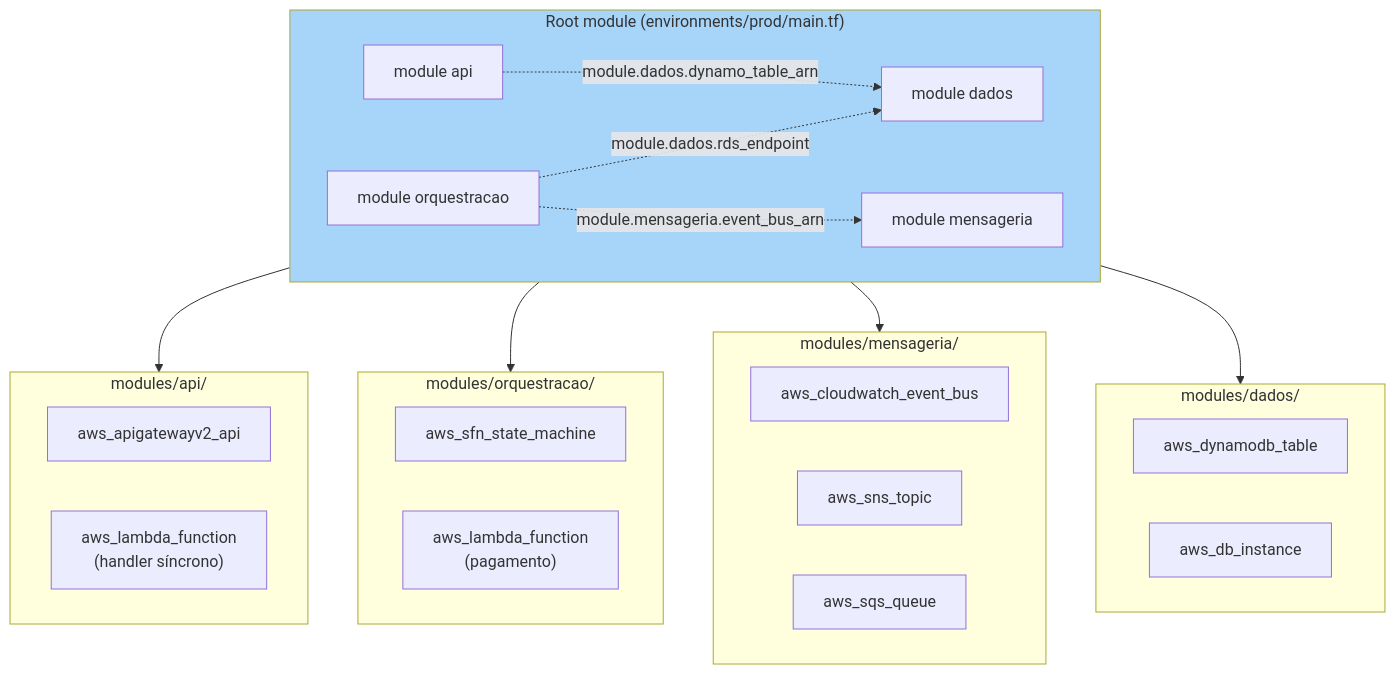
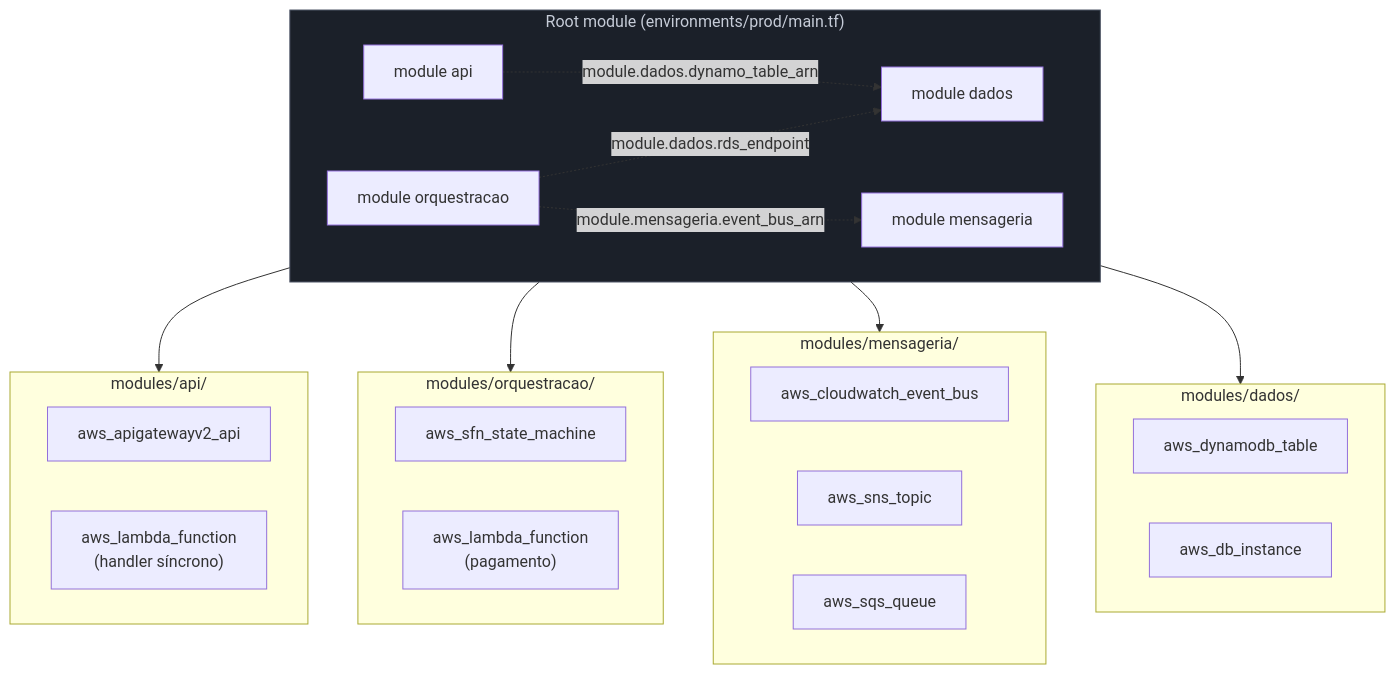
Before and after one commit to josenaldo/codex-technomanticus: the third of 4 diagrams in 03-Dominios/Tecnologia/Cloud/16 - Infrastructure as Code/06 - Escolher e operar IaC (capstone).md, drawn with Mermaid. The commit also changed other lines of this file and 1181 other files, not shown here.

First line of the commit message:
fix(diagramas): paleta do sistema no lugar de cor cravada no markdown

````diff
--- a/03-Dominios/Tecnologia/Cloud/16 - Infrastructure as Code/06 - Escolher e operar IaC (capstone).md
+++ b/03-Dominios/Tecnologia/Cloud/16 - Infrastructure as Code/06 - Escolher e operar IaC (capstone).md
@@ -136,39 +142,40 @@
 ```mermaid
 flowchart TB
+    classDef neutro fill:#1B2029,stroke:#4E5666,color:#C6CCD8
     subgraph Root["Root module (environments/prod/main.tf)"]
         direction LR
         C1["module api"]
         C2["module orquestracao"]
         C3["module mensageria"]
         C4["module dados"]
     end
 
     subgraph ModAPI["modules/api/"]
         APIGW["aws_apigatewayv2_api"]
         LamAPI["aws_lambda_function\n(handler síncrono)"]
     end
     subgraph ModOrq["modules/orquestracao/"]
         SF["aws_sfn_state_machine"]
         LamPag["aws_lambda_function\n(pagamento)"]
     end
     subgraph ModMsg["modules/mensageria/"]
         EB["aws_cloudwatch_event_bus"]
         SNST["aws_sns_topic"]
         SQSQ["aws_sqs_queue"]
     end
     subgraph ModDados["modules/dados/"]
         Ddb["aws_dynamodb_table"]
         Rds["aws_db_instance"]
     end
 
     C1 --> ModAPI
     C2 --> ModOrq
     C3 --> ModMsg
     C4 --> ModDados
 
     C1 -.->|"module.dados.dynamo_table_arn"| C4
     C2 -.->|"module.mensageria.event_bus_arn"| C3
     C2 -.->|"module.dados.rds_endpoint"| C4
 
-    style Root fill:#a7d5f9
+    class Root neutro
 ```
````
